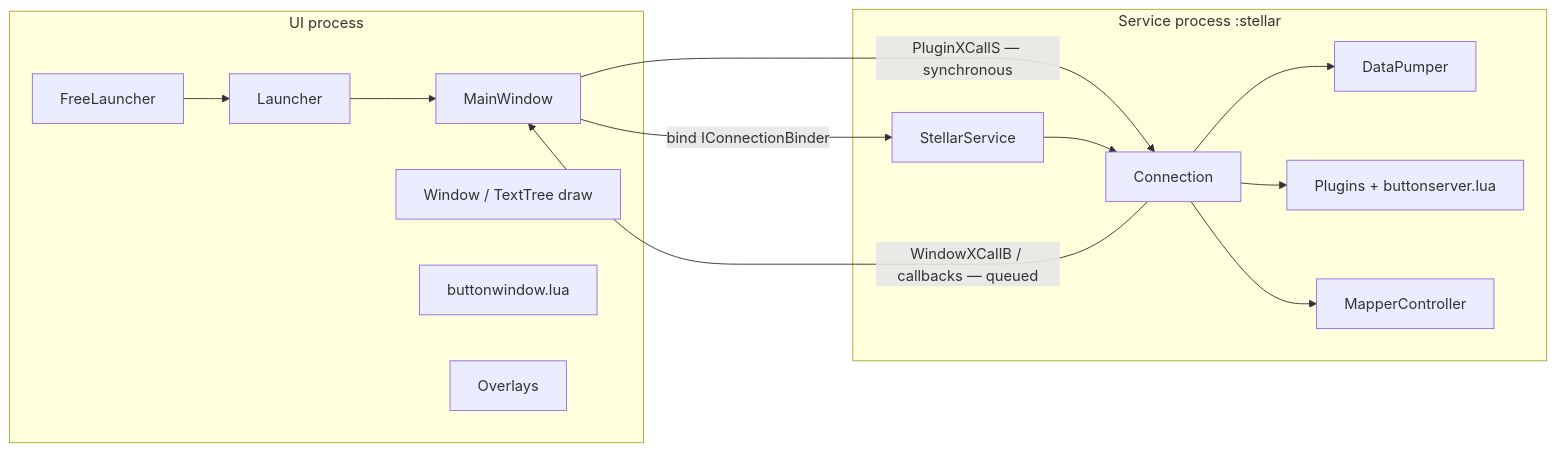
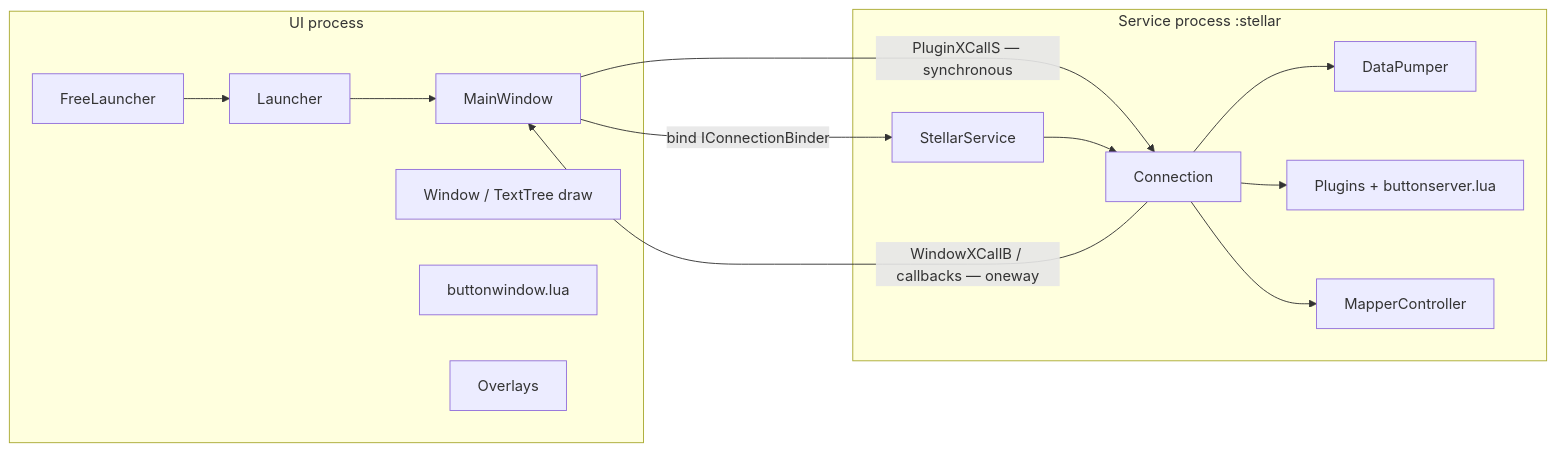
Before and after one commit to Taracair/BlowTorch2: the first of 3 diagrams in docs/architecture.md, drawn with Mermaid. The commit also changed other lines of this file and 7 other files, not shown here.

````diff
--- a/docs/architecture.md
+++ b/docs/architecture.md
@@ -133,26 +135,26 @@
 ```mermaid
 flowchart LR
   subgraph UI["UI process"]
     FL[FreeLauncher]
     L[Launcher]
     MW[MainWindow]
     W[Window / TextTree draw]
     BW[buttonwindow.lua]
     OV[Overlays]
   end
   subgraph SVC["Service process :stellar"]
     SS[StellarService]
     C[Connection]
     DP[DataPumper]
     PL[Plugins + buttonserver.lua]
     MAP[MapperController]
   end
   FL --> L --> MW
   MW -->|"bind IConnectionBinder"| SS
   MW -->|"PluginXCallS — synchronous"| C
-  C -->|"WindowXCallB / callbacks — queued"| MW
+  C -->|"WindowXCallB / callbacks — oneway"| MW
   SS --> C
   C --> DP
   C --> PL
   C --> MAP
 ```
````
